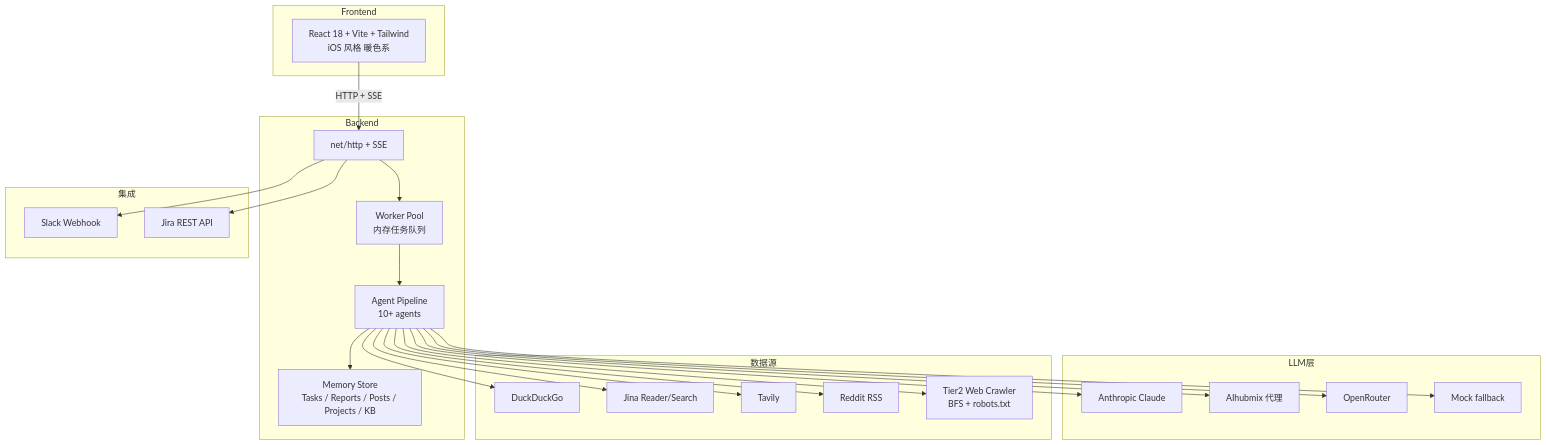
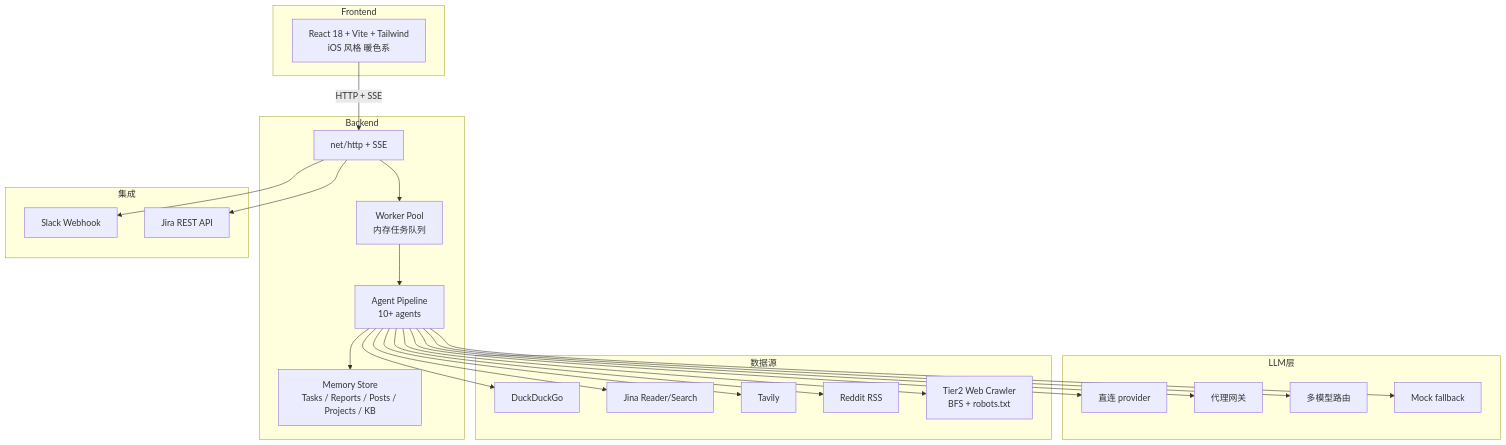
Before and after one commit to PLA-yi/PM_Agent_Team: the second of 2 diagrams in README.md, drawn with Mermaid. The commit also changed other lines of this file and 2 other files, not shown here.

First line of the commit message:
docs: vendor-neutral wording — remove specific LLM provider names

````diff
--- a/README.md
+++ b/README.md
@@ -75,49 +75,49 @@
 ```mermaid
 flowchart TB
     subgraph Frontend
         UI[React 18 + Vite + Tailwind<br/>iOS 风格 暖色系]
     end
 
     subgraph Backend
         API[net/http + SSE]
         Worker[Worker Pool<br/>内存任务队列]
         Pipeline[Agent Pipeline<br/>10+ agents]
         Store[Memory Store<br/>Tasks / Reports / Posts / Projects / KB]
     end
 
     subgraph LLM层
-        Anthro[Anthropic Claude]
-        AIHub[AIhubmix 代理]
-        OR[OpenRouter]
+        Direct[直连 provider]
+        Proxy[代理网关]
+        Multi[多模型路由]
         Mock[Mock fallback]
     end
 
     subgraph 数据源
         DDG[DuckDuckGo]
         Jina[Jina Reader/Search]
         Tavily[Tavily]
         Reddit[Reddit RSS]
         Crawler[Tier2 Web Crawler<br/>BFS + robots.txt]
     end
 
     subgraph 集成
         Slack[Slack Webhook]
         Jira[Jira REST API]
     end
 
     UI -->|HTTP + SSE| API
     API --> Worker
     Worker --> Pipeline
     Pipeline --> Store
-    Pipeline --> Anthro
-    Pipeline --> AIHub
-    Pipeline --> OR
+    Pipeline --> Direct
+    Pipeline --> Proxy
+    Pipeline --> Multi
     Pipeline --> Mock
     Pipeline --> DDG
     Pipeline --> Jina
     Pipeline --> Tavily
     Pipeline --> Reddit
     Pipeline --> Crawler
     API --> Slack
     API --> Jira
 ```
````
